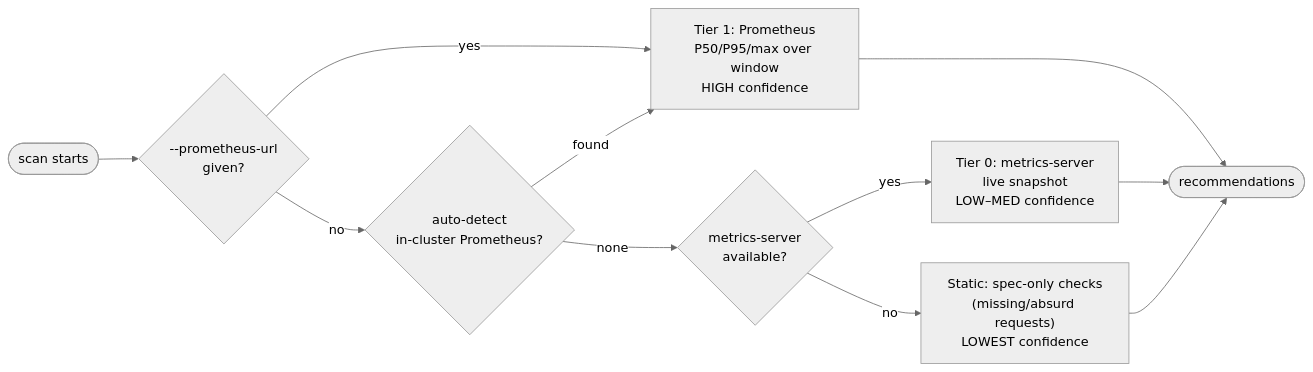
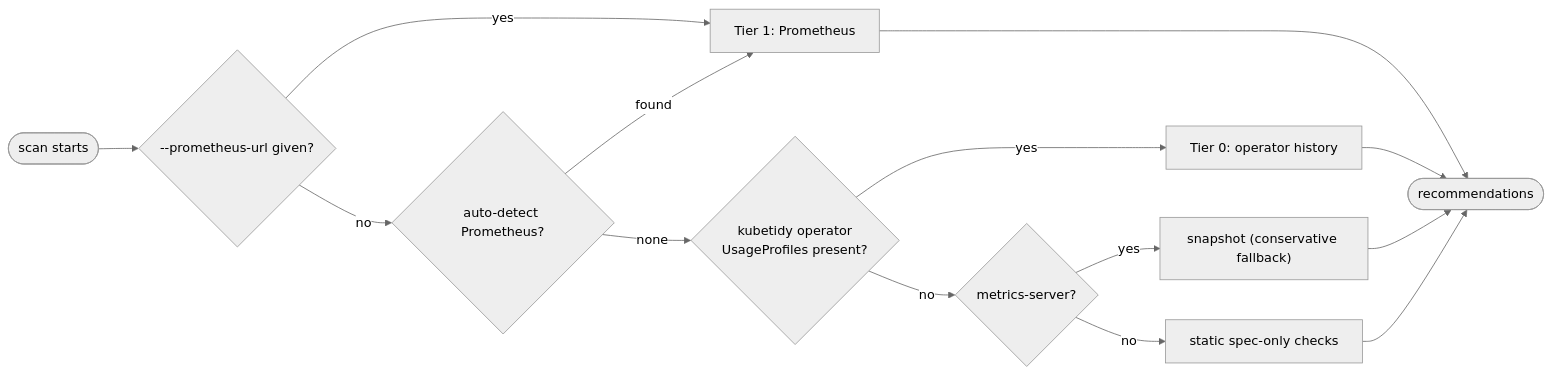
One commit to mayur-tolexo/kubetidy changed the second of 3 diagrams in docs/ARCHITECTURE.md. Above: the diagram before and after it, drawn with Mermaid (neutral theme). The commit also changed other lines of this file and 3 other files, not shown here.

First line of the commit message:
fix(docs,test): repair corrupted README/ARCHITECTURE, restore ≥80% coverage

````diff
--- a/docs/ARCHITECTURE.md
+++ b/docs/ARCHITECTURE.md
@@ -81,13 +82,16 @@
 ```mermaid
 flowchart LR
-    start([scan starts]) --> q0{--prometheus-url<br/>given?}
-    q0 -- yes --> t1["Tier 1: Prometheus<br/>P50/P95/max over window<br/>HIGH confidence"]
-    q0 -- no --> qa{auto-detect<br/>in-cluster Prometheus?}
+    start([scan starts]) --> q0{--prometheus-url given?}
+    q0 -- yes --> t1["Tier 1: Prometheus"]
+    q0 -- no --> qa{auto-detect Prometheus?}
     qa -- found --> t1
-    qa -- none --> q2{metrics-server<br/>available?}
-    q2 -- yes --> t0["Tier 0: metrics-server<br/>live snapshot<br/>LOW–MED confidence"]
-    q2 -- no --> ts["Static: spec-only checks<br/>(missing/absurd requests)<br/>LOWEST confidence"]
+    qa -- none --> qo{kubetidy operator<br/>UsageProfiles present?}
+    qo -- yes --> t0["Tier 0: operator history"]
+    qo -- no --> qs{metrics-server?}
+    qs -- yes --> snap["snapshot (conservative fallback)"]
+    qs -- no --> ts["static spec-only checks"]
     t1 --> rec([recommendations])
     t0 --> rec
+    snap --> rec
     ts --> rec
 ```
````
